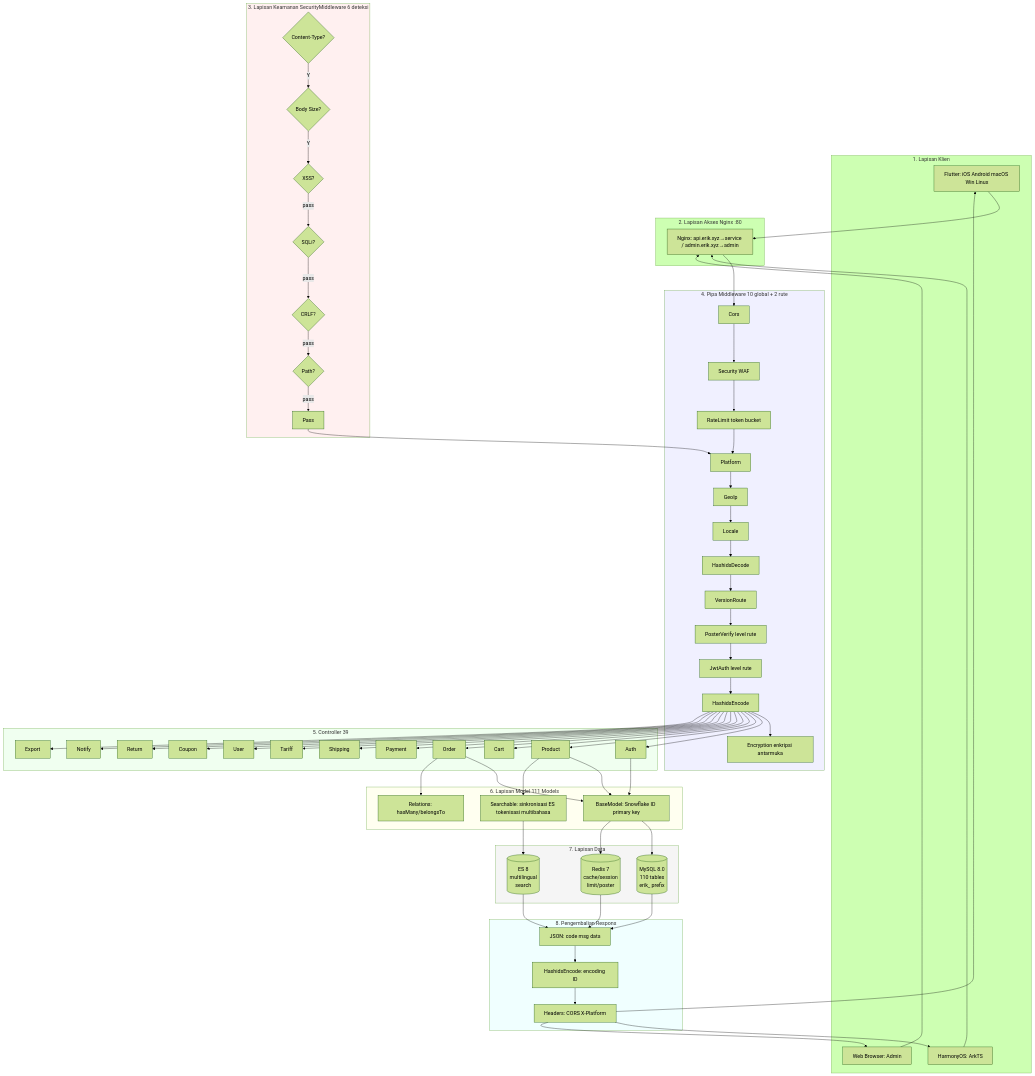
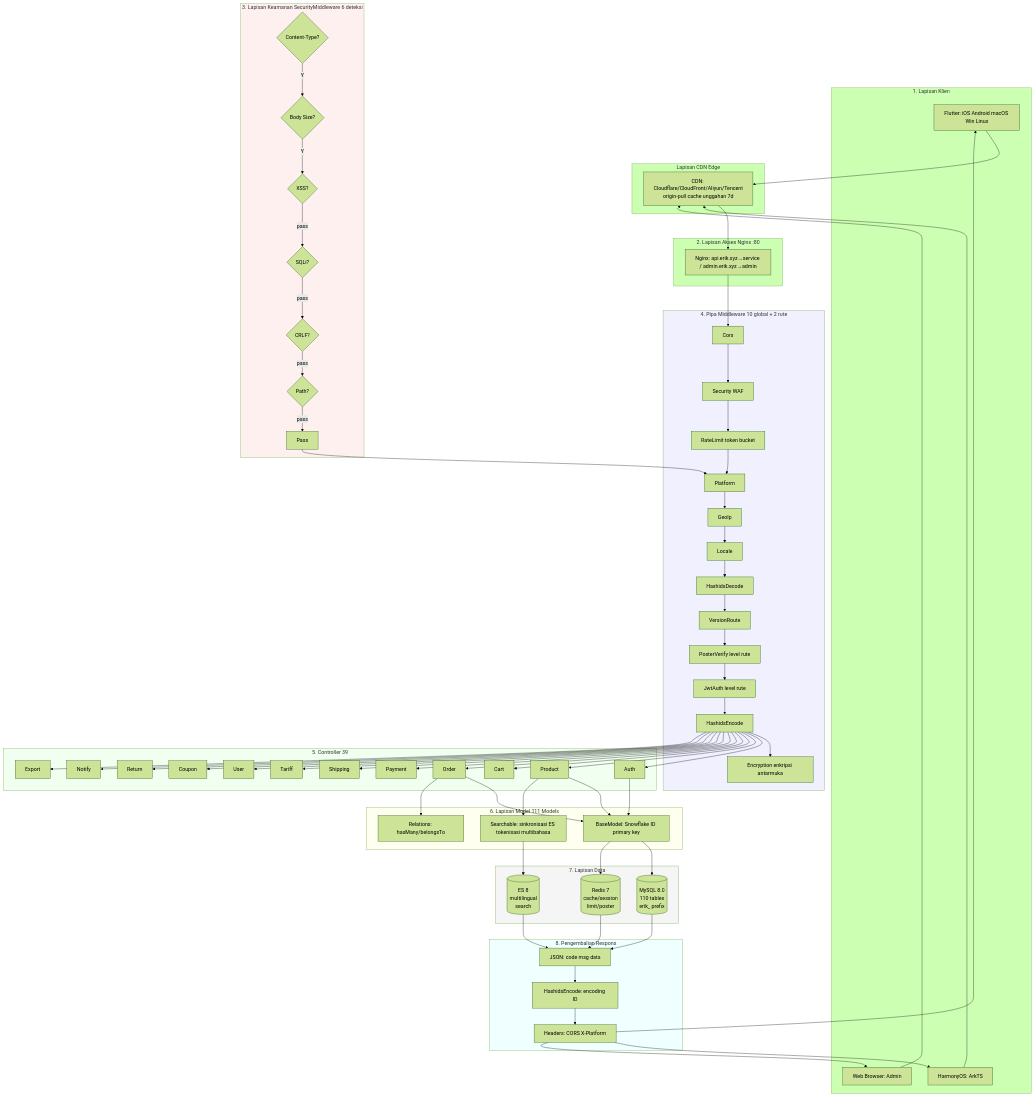
Before and after one commit to erikwang2013/erik-shop: the second of 6 diagrams in docs/i18n/id/architecture-full.md, drawn with Mermaid (forest theme). The commit also changed other lines of this file and 191 other files, not shown here.

First line of the commit message:
v1.2.0：CDN 内容分发接入（Origin-Pull 回源 + 四大云厂商适配 + 管理端配置/刷新/日志 + 上传持久化 + 全文档与12语言i18n同步 + Crypto 捐赠图文入库）

````diff
--- a/docs/i18n/id/architecture-full.md
+++ b/docs/i18n/id/architecture-full.md
@@ -71,73 +75,77 @@
 ```mermaid
 graph TB
     subgraph Clients["1. Lapisan Klien"]
         FL[Flutter: iOS Android macOS Win Linux]
         HM[HarmonyOS: ArkTS]
         WB[Web Browser: Admin]
+    end
+    subgraph CDNEdge["Lapisan CDN Edge"]
+        CDN2[CDN: Cloudflare/CloudFront/Aliyun/Tencent<br/>origin-pull cache unggahan 7d]
     end
     subgraph Gateway["2. Lapisan Akses Nginx :80"]
         NG[Nginx: api.erik.xyz→service / admin.erik.xyz→admin]
     end
     subgraph Security["3. Lapisan Keamanan SecurityMiddleware 6 deteksi"]
         CT{Content-Type?} -->|Y| BS{Body Size?}
         BS -->|Y| XS{XSS?}
         XS -->|pass| SQ{SQLi?}
         SQ -->|pass| CR{CRLF?}
         CR -->|pass| PT{Path?}
         PT -->|pass| PASS[Pass]
     end
     subgraph Pipeline["4. Pipa Middleware 10 global + 2 rute"]
         CORS[Cors] --> SEC[Security WAF]
         SEC --> RATE[RateLimit token bucket]
         RATE --> PLAT[Platform]
         PLAT --> GEO[GeoIp]
         GEO --> LOC[Locale]
         LOC --> HDEC[HashidsDecode]
         HDEC --> VER[VersionRoute]
         VER --> POSTV[PosterVerify level rute]
         POSTV --> JWT[JwtAuth level rute]
         JWT --> HENC[HashidsEncode]
         HENC --> ENC[Encryption enkripsi antarmuka]
     end
     subgraph Controllers["5. Controller 39"]
         AUTH[Auth] & PROD[Product] & CART[Cart]
         ORD[Order] & PAY[Payment] & SHIP[Shipping]
         TARI[Tariff] & USER[User] & COUP[Coupon]
         RET[Return] & NOTI[Notify] & EXPORT[Export]
     end
     subgraph Models["6. Lapisan Model 111 Models"]
         BM[BaseModel: Snowflake ID primary key]
         REL[Relations: hasMany/belongsTo]
         SRCH[Searchable: sinkronisasi ES tokenisasi multibahasa]
     end
     subgraph Data["7. Lapisan Data"]
         MySQL[(MySQL 8.0<br/>110 tables<br/>erik_ prefix)]
         Redis[(Redis 7<br/>cache/session<br/>limit/poster)]
         ES[(ES 8<br/>multilingual<br/>search)]
     end
     subgraph Response["8. Pengembalian Respons"]
         JSON[JSON: code msg data]
         OUTENC[HashidsEncode: encoding ID]
         HEADERS[Headers: CORS X-Platform]
     end
 
-    FL & HM & WB --> NG
+    FL & HM & WB --> CDN2
+    CDN2 --> NG
     NG --> CORS
     PASS --> PLAT
     HENC --> AUTH & PROD & CART & ORD & PAY & SHIP & TARI & USER & COUP & RET & NOTI & EXPORT
     AUTH & PROD & ORD --> BM
     ORD --> REL
     PROD --> SRCH
     BM --> MySQL & Redis
     SRCH --> ES
     MySQL & Redis & ES --> JSON
     JSON --> OUTENC --> HEADERS
     HEADERS --> FL & HM & WB
 
     style Security fill:#fff0f0
     style Pipeline fill:#f0f0ff
     style Controllers fill:#f0fff0
     style Models fill:#fffff0
     style Data fill:#f5f5f5
     style Response fill:#f0ffff
 ```
````
